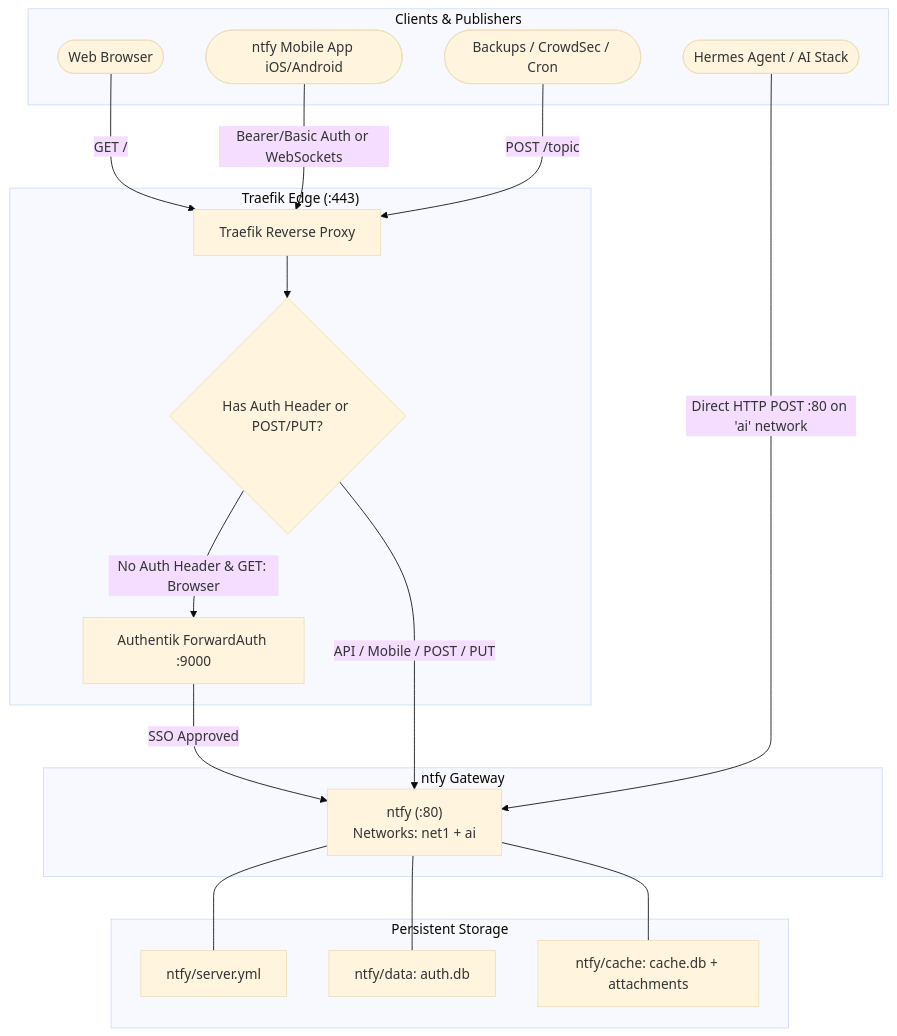
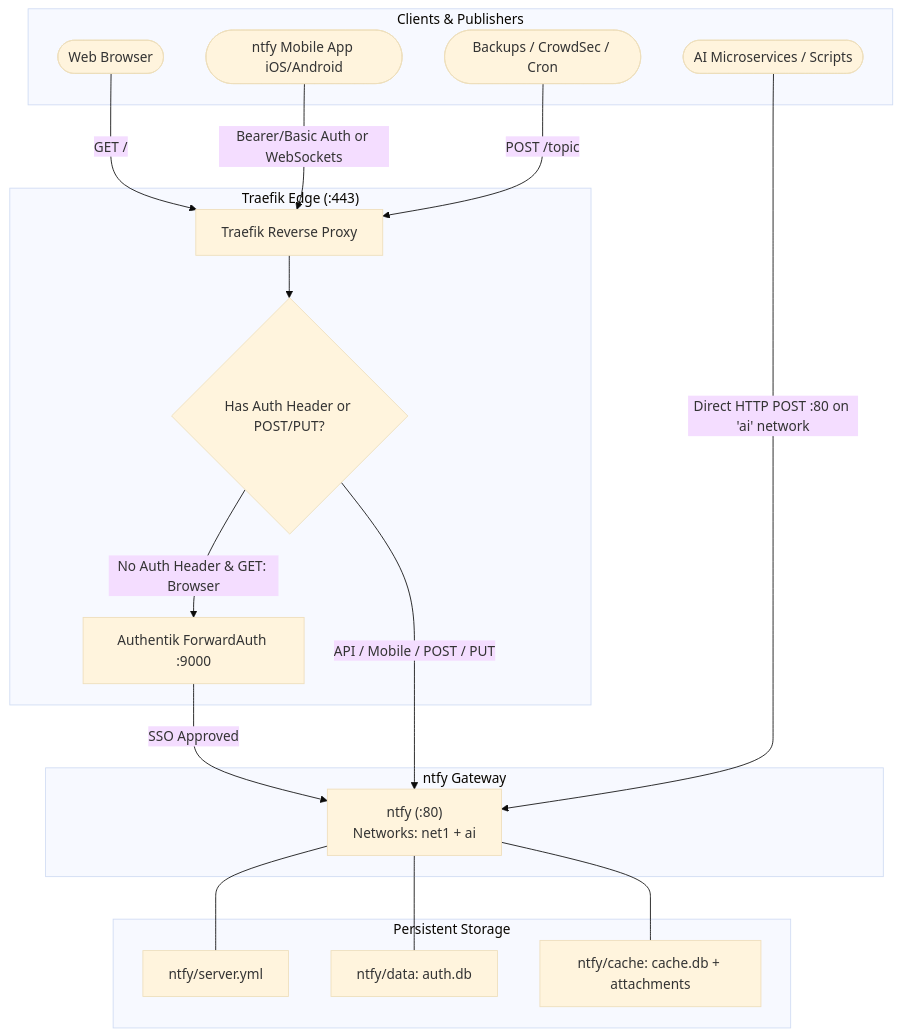
One commit to jamesbspencer/homelab changed the diagram in docs/ntfy.md. Above: the diagram before and after it, drawn with Mermaid (base theme). The commit also changed other lines of this file and 33 other files, not shown here.

````diff
--- a/docs/ntfy.md
+++ b/docs/ntfy.md
@@ -26,39 +26,39 @@
 ```mermaid
 graph TD
     subgraph Clients ["Clients & Publishers"]
         Browser([Web Browser])
         Mobile([ntfy Mobile App iOS/Android])
-        HermesNode([Hermes Agent / AI Stack])
+        AINode([AI Microservices / Scripts])
         SystemScripts([Backups / CrowdSec / Cron])
     end
 
     subgraph Edge ["Traefik Edge (:443)"]
         Traefik[Traefik Reverse Proxy]
         AuthCheck{Has Auth Header or POST/PUT?}
         Authentik[Authentik ForwardAuth :9000]
     end
 
     subgraph Storage ["Persistent Storage"]
         ServerYml[ntfy/server.yml]
         DataVol[ntfy/data: auth.db]
         CacheVol[ntfy/cache: cache.db + attachments]
     end
 
     subgraph Service ["ntfy Gateway"]
         NtfyContainer["ntfy (:80)\nNetworks: net1 + ai"]
     end
 
     Browser -->|GET / | Traefik
     Mobile -->|Bearer/Basic Auth or WebSockets| Traefik
     SystemScripts -->|POST /topic| Traefik
     
     Traefik --> AuthCheck
     AuthCheck -->|No Auth Header & GET: Browser| Authentik
     Authentik -->|SSO Approved| NtfyContainer
     AuthCheck -->|API / Mobile / POST / PUT| NtfyContainer
 
-    HermesNode -->|Direct HTTP POST :80 on 'ai' network| NtfyContainer
+    AINode -->|Direct HTTP POST :80 on 'ai' network| NtfyContainer
     NtfyContainer --- ServerYml
     NtfyContainer --- DataVol
     NtfyContainer --- CacheVol
 ```
````
